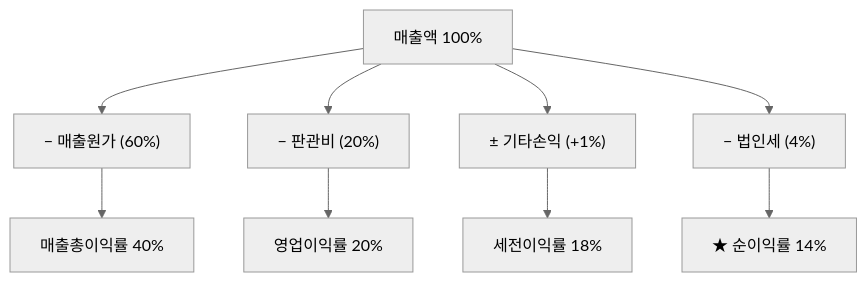
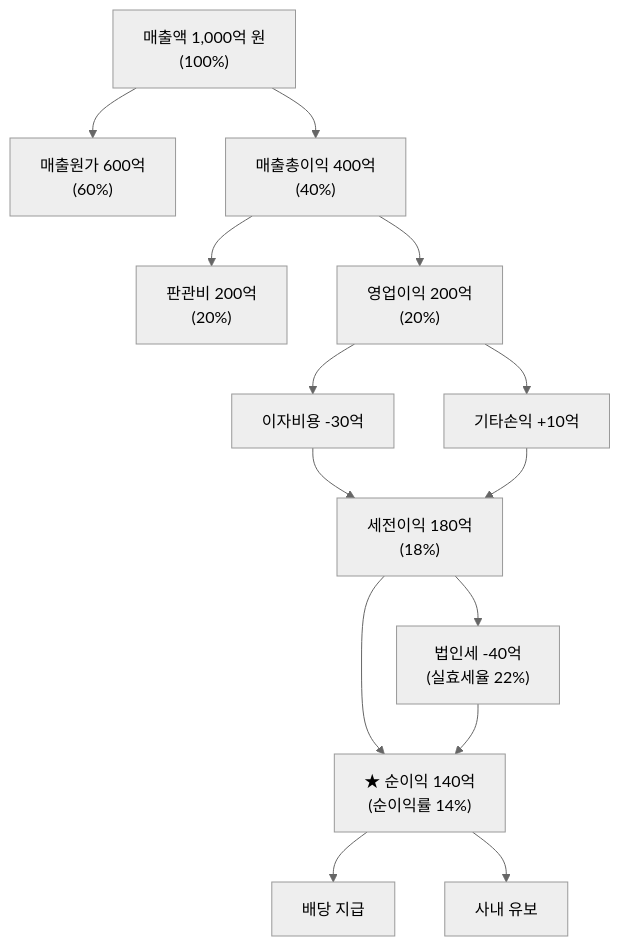
Before and after one commit to yeongseon/stock-visual-note: the diagram in content/stock-terms/ko/level-04-ratios/net-margin.md, drawn with Mermaid (neutral theme). The commit also changed other lines of this file, not shown here.

Commit message:
content: rewrite net-margin.md — 가상 SaaS 기업 시나리오, 순이익률 분해 분석, 12노드 Mermaid, 4개 오해 추가

````diff
--- a/content/stock-terms/ko/level-04-ratios/net-margin.md
+++ b/content/stock-terms/ko/level-04-ratios/net-margin.md
@@ -39,12 +47,18 @@
 ```mermaid
 graph TD
-    A["매출액 100%"]
-    A --> B["− 매출원가 (60%)"]
-    B --> C["매출총이익률 40%"]
-    A --> D["− 판관비 (20%)"]
-    D --> E["영업이익률 20%"]
-    A --> F["± 기타손익 (+1%)"]
-    F --> G["세전이익률 18%"]
-    A --> H["− 법인세 (4%)"]
-    H --> I["★ 순이익률 14%"]
+    A["매출액 1,000억 원<br>(100%)"]
+    A --> B["매출원가 600억<br>(60%)"]
+    A --> C["매출총이익 400억<br>(40%)"]
+    C --> D["판관비 200억<br>(20%)"]
+    C --> E["영업이익 200억<br>(20%)"]
+    E --> F["이자비용 -30억"]
+    E --> G["기타손익 +10억"]
+    F --> H["세전이익 180억<br>(18%)"]
+    G --> H
+    H --> I["법인세 -40억<br>(실효세율 22%)"]
+    H --> J["★ 순이익 140억<br>(순이익률 14%)"]
+    I --> J
+
+    J --> K["배당 지급"]
+    J --> L["사내 유보"]
 ```
````
